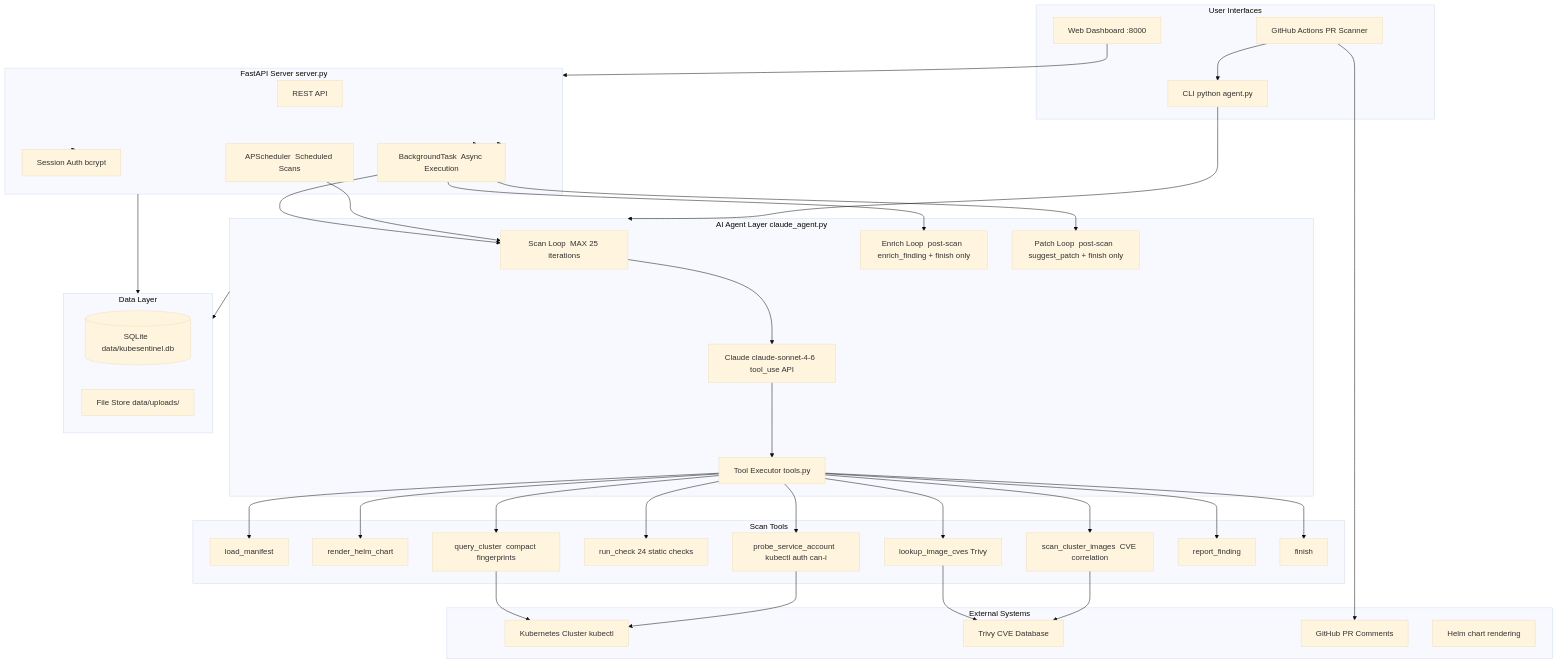
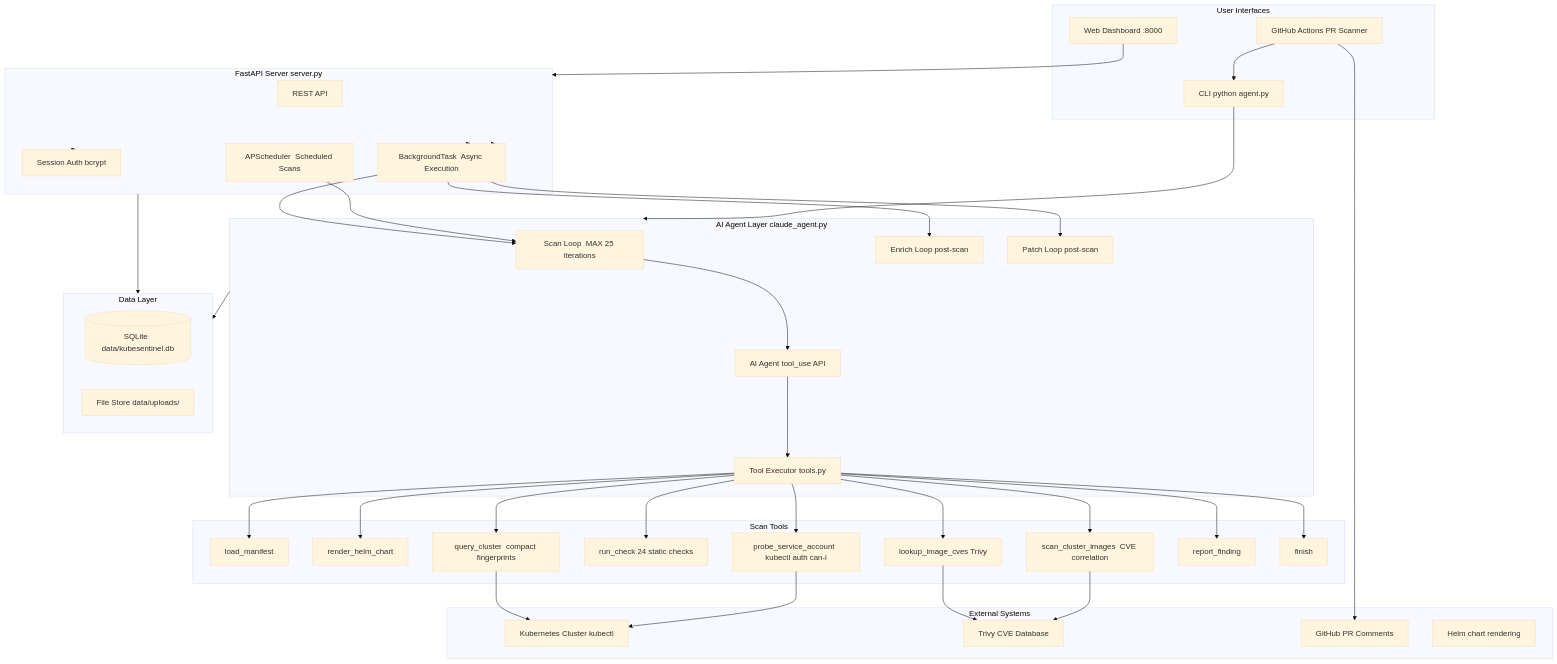
One commit to jaydenaung/k8s-yaml-misconfig-checker-agent changed the diagram in README.md. Above: the diagram before and after it, drawn with Mermaid (base theme). The commit also changed other lines of this file, not shown here.

````diff
--- a/README.md
+++ b/README.md
@@ -70,64 +264,64 @@
 ```mermaid
 graph TB
     subgraph Interfaces["User Interfaces"]
         CLI["CLI  python agent.py"]
         WEB["Web Dashboard  :8000"]
         GHA["GitHub Actions  PR Scanner"]
     end
 
     subgraph Server["FastAPI Server  server.py"]
         API["REST API"]
         AUTH["Session Auth  bcrypt"]
         SCHED["APScheduler  Scheduled Scans"]
         BG["BackgroundTask  Async Execution"]
     end
 
     subgraph Agent["AI Agent Layer  claude_agent.py"]
         LOOP["Scan Loop  MAX 25 iterations"]
-        CLAUDE["Claude claude-sonnet-4-6  tool_use API"]
+        AI["AI Agent  tool_use API"]
         TOOLS["Tool Executor  tools.py"]
-        ENRICH["Enrich Loop  post-scan  enrich_finding + finish only"]
-        PATCH["Patch Loop  post-scan  suggest_patch + finish only"]
+        ENRICH["Enrich Loop  post-scan"]
+        PATCH["Patch Loop  post-scan"]
     end
 
     subgraph ToolSet["Scan Tools"]
         T1["load_manifest"]
         T2["render_helm_chart"]
         T3["query_cluster  compact fingerprints"]
         T4["run_check  24 static checks"]
         T5["lookup_image_cves  Trivy"]
         T6["probe_service_account  kubectl auth can-i"]
         T7["scan_cluster_images  CVE correlation"]
         T8["report_finding"]
         T9["finish"]
     end
 
     subgraph Storage["Data Layer"]
         DB[("SQLite  data/kubesentinel.db")]
         FS["File Store  data/uploads/"]
     end
 
     subgraph External["External Systems"]
         K8S["Kubernetes Cluster  kubectl"]
         TRIVY["Trivy  CVE Database"]
         GH["GitHub  PR Comments"]
         HELM["Helm  chart rendering"]
     end
 
     CLI --> Agent
     WEB --> Server
     GHA --> CLI
     Server --> BG --> LOOP
     Server --> BG --> ENRICH
     Server --> BG --> PATCH
     SCHED --> LOOP
-    LOOP --> CLAUDE --> TOOLS
+    LOOP --> AI --> TOOLS
     TOOLS --> T1 & T2 & T3 & T4 & T5 & T6 & T7 & T8 & T9
     T3 --> K8S
     T5 & T7 --> TRIVY
     T6 --> K8S
     Agent --> Storage
     Server --> Storage
     Server --> AUTH
     GHA --> GH
 ```
````
